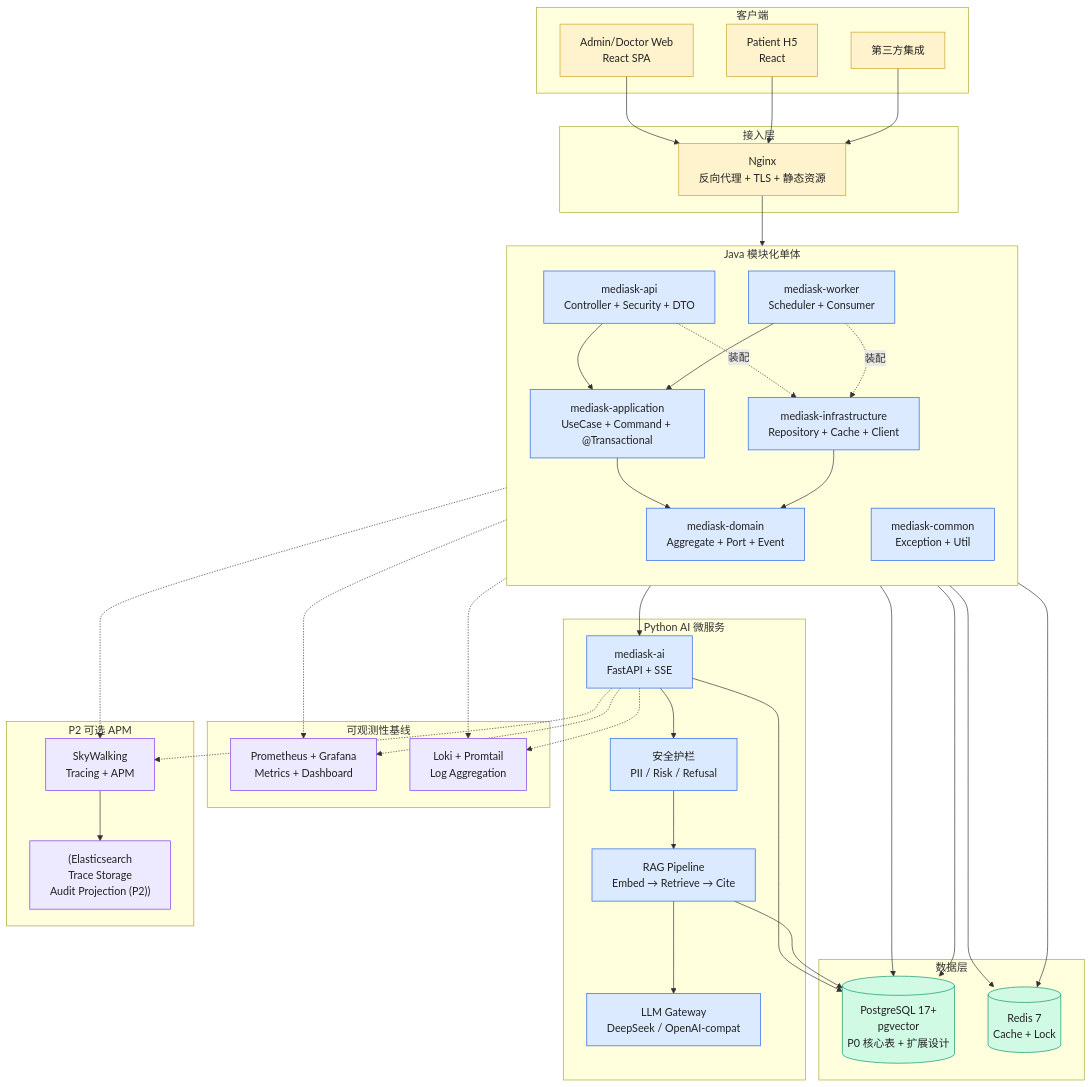
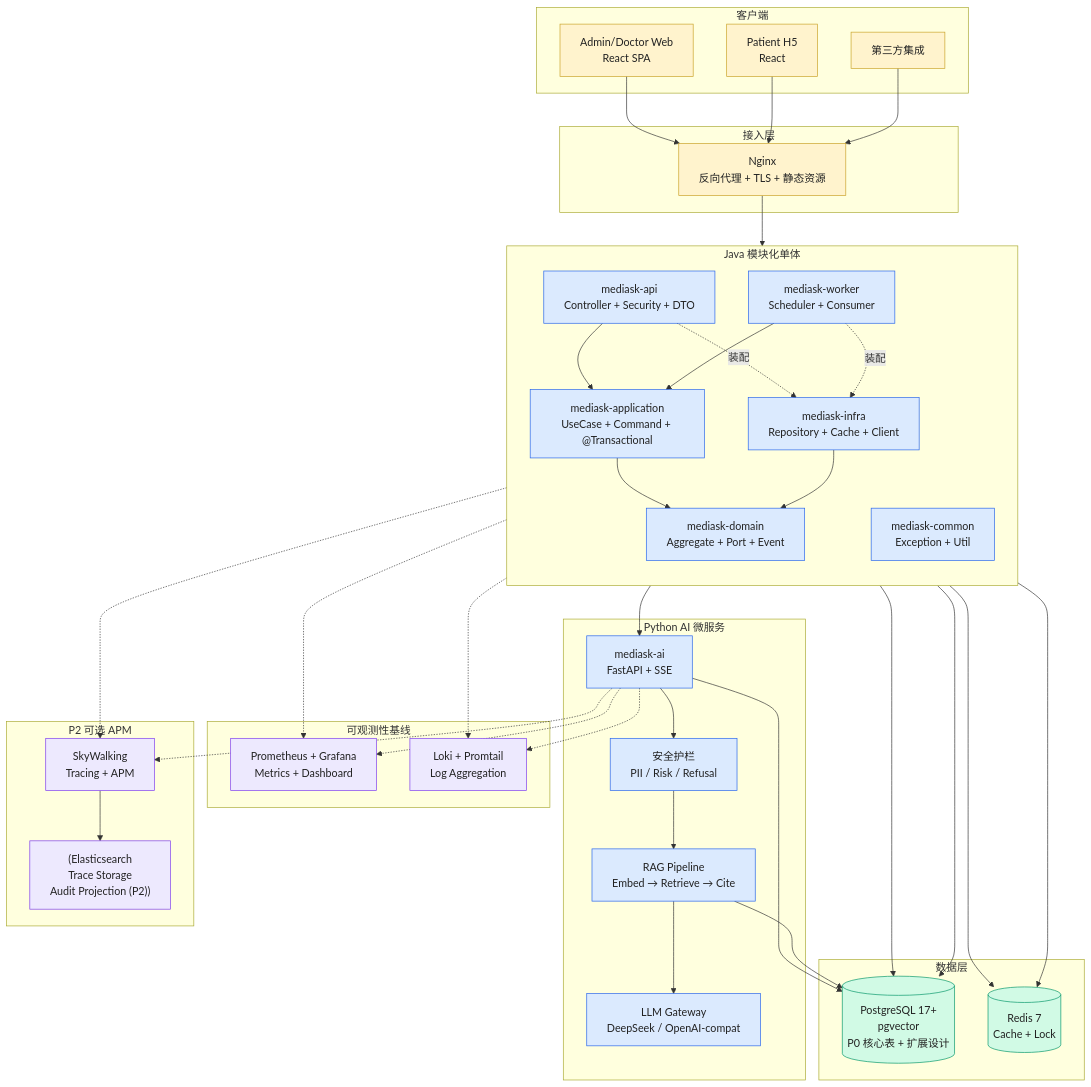
The fifth of 5 diagrams in docs/01-OVERVIEW.md (JianwenShaw/MediAskDocs), drawn with Mermaid before and after one commit. The commit also changed other lines of this file and 9 other files, not shown here.

````diff
--- a/docs/01-OVERVIEW.md
+++ b/docs/01-OVERVIEW.md
@@ -692,81 +692,81 @@
 ```mermaid
 flowchart TB
     classDef planned fill:#fff3cd,stroke:#c9a227,stroke-width:1px,color:#222
     classDef runtime fill:#dbeafe,stroke:#2563eb,stroke-width:1px,color:#222
     classDef data fill:#d1fae5,stroke:#059669,stroke-width:1px,color:#222
     classDef obs fill:#ede9fe,stroke:#7c3aed,stroke-width:1px,color:#222
 
     subgraph Clients[客户端]
         Web[Admin/Doctor Web<br/>React SPA]:::planned
         H5[Patient H5<br/>React]:::planned
         ThirdParty[第三方集成]:::planned
     end
 
     subgraph Edge[接入层]
         Nginx[Nginx<br/>反向代理 + TLS + 静态资源]:::planned
     end
 
     subgraph JavaApp[Java 模块化单体]
         direction TB
         API[mediask-api<br/>Controller + Security + DTO]:::runtime
         Application[mediask-application<br/>UseCase + Command + @Transactional]:::runtime
         Domain[mediask-domain<br/>Aggregate + Port + Event]:::runtime
-        Infra[mediask-infrastructure<br/>Repository + Cache + Client]:::runtime
+        Infra[mediask-infra<br/>Repository + Cache + Client]:::runtime
         Worker[mediask-worker<br/>Scheduler + Consumer]:::runtime
         Common[mediask-common<br/>Exception + Util]:::runtime
 
         API --> Application
         Worker --> Application
         Application --> Domain
         API -.装配.-> Infra
         Worker -.装配.-> Infra
         Infra --> Domain
     end
 
     subgraph PythonApp[Python AI 微服务]
         AiSvc[mediask-ai<br/>FastAPI + SSE]:::runtime
         GuardrailMod[安全护栏<br/>PII / Risk / Refusal]:::runtime
         RAGPipe[RAG Pipeline<br/>Embed → Retrieve → Cite]:::runtime
         LLMGateway[LLM Gateway<br/>DeepSeek / OpenAI-compat]:::runtime
 
         AiSvc --> GuardrailMod --> RAGPipe
         RAGPipe --> LLMGateway
     end
 
     subgraph DataStores[数据层]
         PG[(PostgreSQL 17+<br/>pgvector<br/>P0 核心表 + 扩展设计)]:::data
         Redis[(Redis 7<br/>Cache + Lock)]:::data
     end
 
     subgraph Observability[可观测性基线]
         PromGraf[Prometheus + Grafana<br/>Metrics + Dashboard]:::obs
         LokiStack[Loki + Promtail<br/>Log Aggregation]:::obs
     end
 
     subgraph ObservabilityP2[P2 可选 APM]
         SW[SkyWalking<br/>Tracing + APM]:::obs
         ES["(Elasticsearch<br/>Trace Storage<br/>Audit Projection (P2))"]:::obs
     end
 
     Web --> Nginx
     H5 --> Nginx
     ThirdParty --> Nginx
     Nginx --> API
 
     API --> PG
     API --> Redis
     Worker --> PG
     Worker --> Redis
     API --> AiSvc
 
     AiSvc --> PG
     RAGPipe --> PG
 
     API -.-> PromGraf
     AiSvc -.-> PromGraf
     API -.-> LokiStack
     AiSvc -.-> LokiStack
     API -.-> SW
     AiSvc -.-> SW
     SW --> ES
 ```
````
